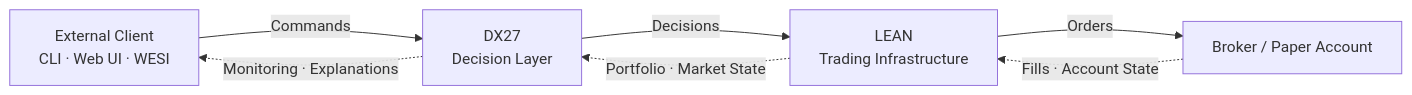
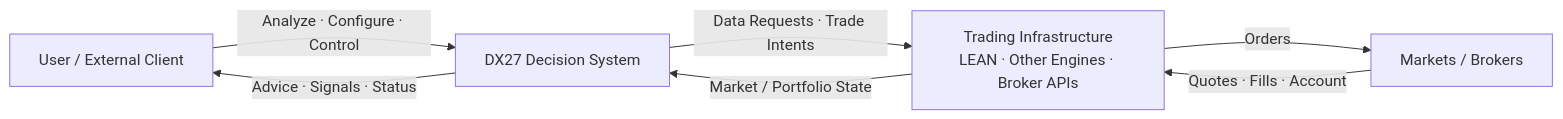
One commit to Daxoniel/DX27-Trading-Engine changed the first of 3 diagrams in docs/architecture/system-overview.md. Above: the diagram before and after it, drawn with Mermaid. The commit also changed other lines of this file and 35 other files, not shown here.

Commit message:
checkpoint before domain architecture refactor

````diff
--- a/docs/architecture/system-overview.md
+++ b/docs/architecture/system-overview.md
@@ -5,19 +5,18 @@
 ```mermaid
 flowchart LR
 
-    Client["External Client<br/>CLI · Web UI · WESI"]
+    User["User / External Client"]
 
-    DX27["DX27<br/>Decision Layer"]
+    DX27["DX27 Decision System"]
 
-    LEAN["LEAN<br/>Trading Infrastructure"]
+    Infra["Trading Infrastructure<br/>LEAN · Other Engines · Broker APIs"]
 
-    Broker["Broker / Paper Account"]
+    Market["Markets / Brokers"]
 
-    Client -->|Commands| DX27
-    DX27 -->|Decisions| LEAN
-    LEAN -->|Orders| Broker
-
-    Broker -.->|Fills · Account State| LEAN
-    LEAN -.->|Portfolio · Market State| DX27
-    DX27 -.->|Monitoring · Explanations| Client
+    User -->|Analyze · Configure · Control| DX27
+    DX27 -->|Data Requests · Trade Intents| Infra
+    Infra -->|Market / Portfolio State| DX27
+    Infra -->|Orders| Market
+    Market -->|Quotes · Fills · Account| Infra
+    DX27 -->|Advice · Signals · Status| User
 ```
````
